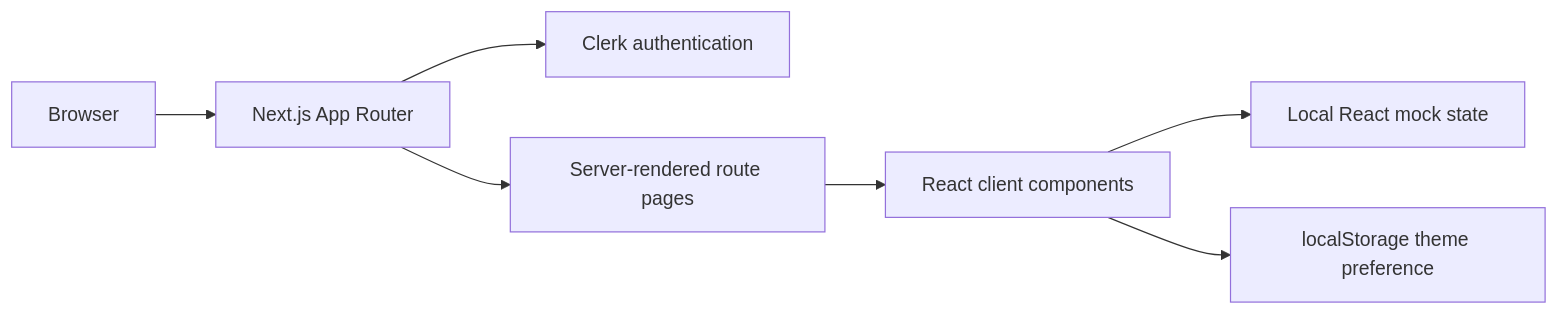
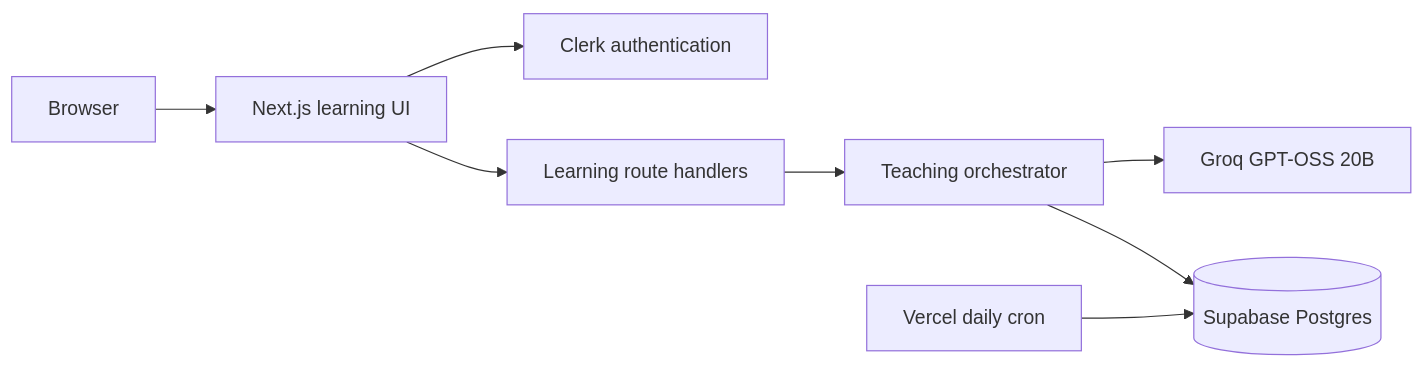
The diagram in docs/architecture.md (ayaandmr/Faraday), drawn with Mermaid before and after one commit. The commit also changed other lines of this file and 32 other files, not shown here.

````diff
--- a/docs/architecture.md
+++ b/docs/architecture.md
@@ -21,9 +3,10 @@
 ```mermaid
 flowchart LR
-    Browser[Browser] --> Next[Next.js App Router]
-    Next --> Clerk[Clerk authentication]
-    Next --> Pages[Server-rendered route pages]
-    Pages --> UI[React client components]
-    UI --> Mock[Local React mock state]
-    UI --> Theme[localStorage theme preference]
+  Browser --> Next[Next.js learning UI]
+  Next --> Clerk[Clerk authentication]
+  Next --> API[Learning route handlers]
+  API --> Engine[Teaching orchestrator]
+  Engine --> Groq[Groq GPT-OSS 20B]
+  Engine --> DB[(Supabase Postgres)]
+  Cron[Vercel daily cron] --> DB
 ```
````
